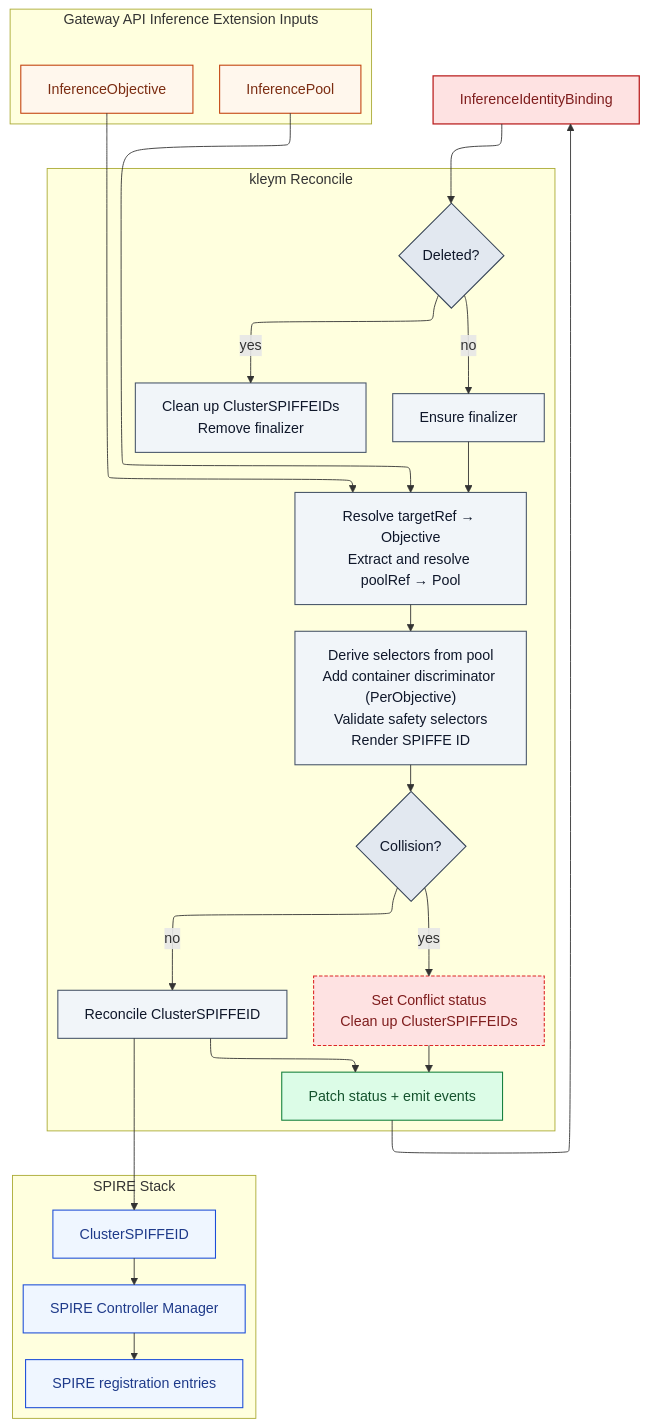
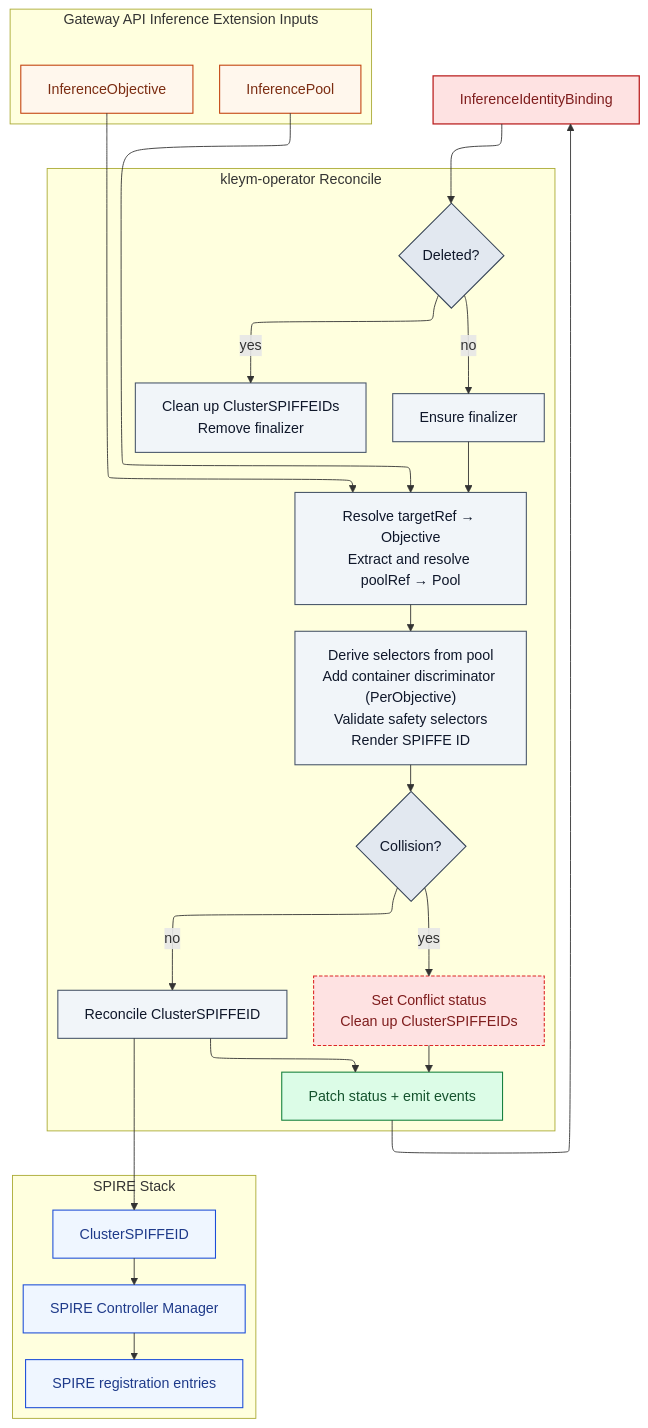
The diagram in README.md (sonda-red/kleym), drawn with Mermaid before and after one commit. The commit also changed other lines of this file and 21 other files, not shown here.

````diff
--- a/README.md
+++ b/README.md
@@ -98,57 +100,57 @@
 ```mermaid
 ---
 config:
   layout: elk
 ---
 flowchart TD
     B["InferenceIdentityBinding"]
 
     subgraph GAIE["Gateway API Inference Extension Inputs"]
         O["InferenceObjective"]
         P["InferencePool"]
     end
 
-    subgraph Reconcile["kleym Reconcile"]
+    subgraph Reconcile["kleym-operator Reconcile"]
         D1{"Deleted?"}
         D1Y["Clean up ClusterSPIFFEIDs\nRemove finalizer"]
         F["Ensure finalizer"]
         RESOLVE["Resolve targetRef → Objective\nExtract and resolve poolRef → Pool"]
         RENDER["Derive selectors from pool\nAdd container discriminator (PerObjective)\nValidate safety selectors\nRender SPIFFE ID"]
         COL{"Collision?"}
         COLY["Set Conflict status\nClean up ClusterSPIFFEIDs"]
         APPLY["Reconcile ClusterSPIFFEID"]
         STATUS["Patch status + emit events"]
     end
 
     subgraph SPIRE["SPIRE Stack"]
         CS["ClusterSPIFFEID"]
         SCM["SPIRE Controller Manager"]
         SR["SPIRE registration entries"]
     end
 
     B --> D1
     D1 -->|yes| D1Y
     D1 -->|no| F --> RESOLVE
     O & P --> RESOLVE
     RESOLVE --> RENDER --> COL
     COL -->|yes| COLY --> STATUS
     COL -->|no| APPLY --> STATUS
     APPLY --> CS --> SCM --> SR
     STATUS --> B
 
     classDef binding fill:#fee2e2,stroke:#b91c1c,color:#7f1d1d,stroke-width:1.4px
     classDef gaie fill:#fff7ed,stroke:#c2410c,color:#7c2d12,stroke-width:1.2px
     classDef controller fill:#f1f5f9,stroke:#475569,color:#0f172a,stroke-width:1.2px
     classDef gate fill:#e2e8f0,stroke:#334155,color:#0f172a,stroke-width:1.2px
     classDef status fill:#dcfce7,stroke:#15803d,color:#14532d,stroke-width:1.2px
     classDef warning fill:#fee2e2,stroke:#dc2626,color:#7f1d1d,stroke-width:1.2px,stroke-dasharray:4 2
     classDef spire fill:#eff6ff,stroke:#1d4ed8,color:#1e3a8a,stroke-width:1.2px
 
     class B binding
     class O,P gaie
     class D1,COL gate
     class D1Y,F,RESOLVE,RENDER,APPLY controller
     class STATUS status
     class COLY warning
     class CS,SCM,SR spire
 ```
````
